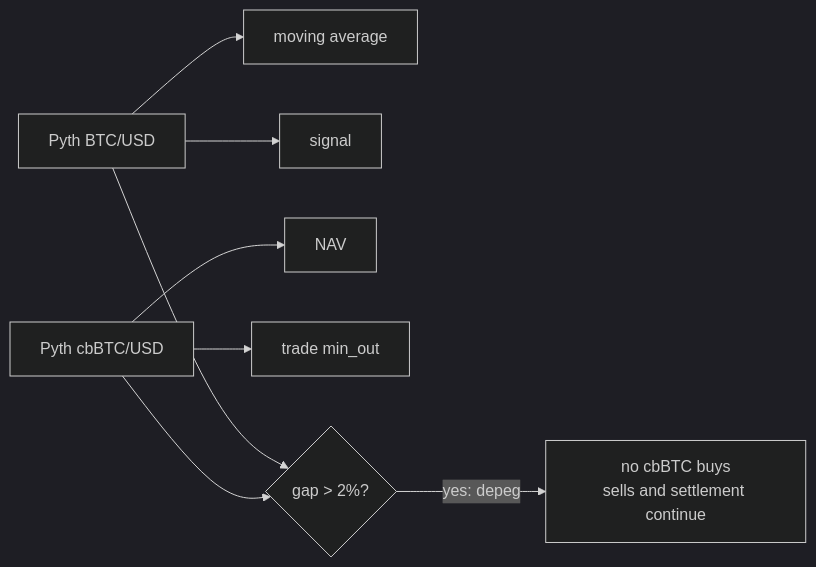
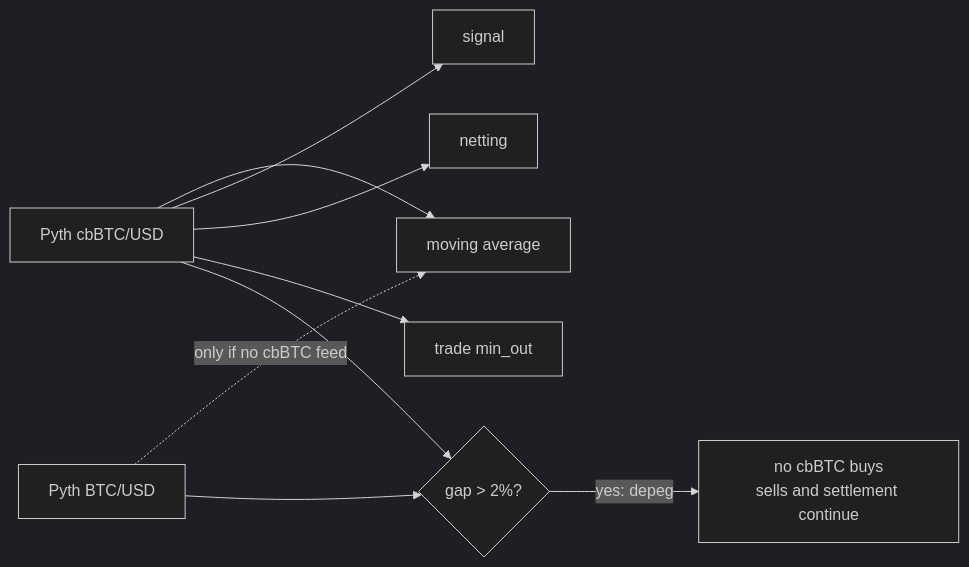
Before and after one commit to 0xnex/tide: the eighth of 14 diagrams in README.md, drawn with Mermaid (dark theme). The commit also changed other lines of this file and 8 other files, not shown here.

First line of the commit message:
docs: execution-based shares, cbBTC signal, 1% withdrawal fee

````diff
--- a/README.md
+++ b/README.md
@@ -138,7 +135,7 @@
 ```mermaid
 flowchart LR
-  BTC["Pyth BTC/USD"] --> MA["moving average"] & SIG["signal"]
-  CB["Pyth cbBTC/USD"] --> NAV["NAV"] & MIN["trade min_out"]
+  CB["Pyth cbBTC/USD"] --> MA["moving average"] & SIG["signal"] & NT["netting"] & MIN["trade min_out"]
+  BTC["Pyth BTC/USD"] -. "only if no cbBTC feed" .-> MA
   BTC & CB --> G{"gap > 2%?"}
   G -- "yes: depeg" --> NB["no cbBTC buys<br/>sells and settlement continue"]
 ```
````
